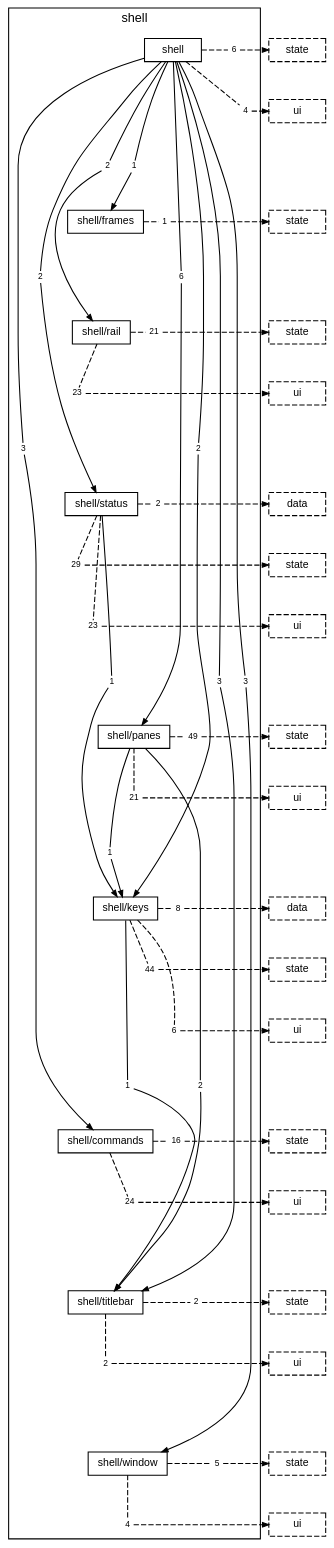
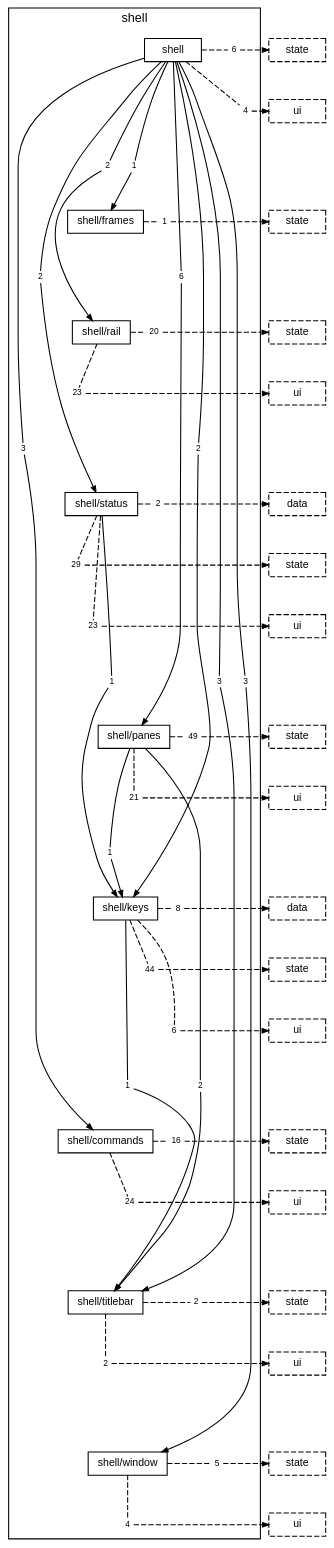
The diagram in docs/diagrams/layer-shell.dot (TheAxeC/oculus), drawn with Graphviz before and after one commit. The commit also changed 215 other files, not shown here.

```diff
--- a/docs/diagrams/layer-shell.dot
+++ b/docs/diagrams/layer-shell.dot
@@ -24,7 +24,7 @@
         "folder shell to layer state" [label="6", shape=box, color="transparent", fontsize=8, width=0, height=0, margin="0.04,0.02"];
         "folder shell to layer ui" [label="4", shape=box, color="transparent", fontsize=8, width=0, height=0, margin="0.04,0.02"];
         "folder shell/frames to layer state" [label="1", shape=box, color="transparent", fontsize=8, width=0, height=0, margin="0.04,0.02"];
-        "folder shell/rail to layer state" [label="21", shape=box, color="transparent", fontsize=8, width=0, height=0, margin="0.04,0.02"];
+        "folder shell/rail to layer state" [label="20", shape=box, color="transparent", fontsize=8, width=0, height=0, margin="0.04,0.02"];
         "folder shell/rail to layer ui" [label="23", shape=box, color="transparent", fontsize=8, width=0, height=0, margin="0.04,0.02"];
         "folder shell/status to folder shell/keys" [label="1", shape=box, color="transparent", fontsize=8, width=0, height=0, margin="0.04,0.02"];
         "folder shell/status to layer data" [label="2", shape=box, color="transparent", fontsize=8, width=0, height=0, margin="0.04,0.02"];
```
